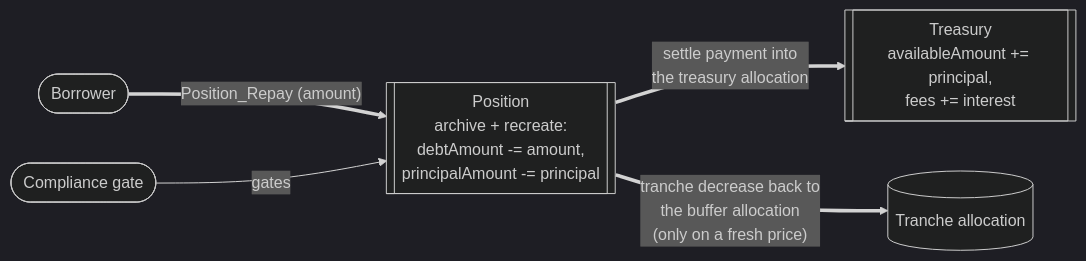
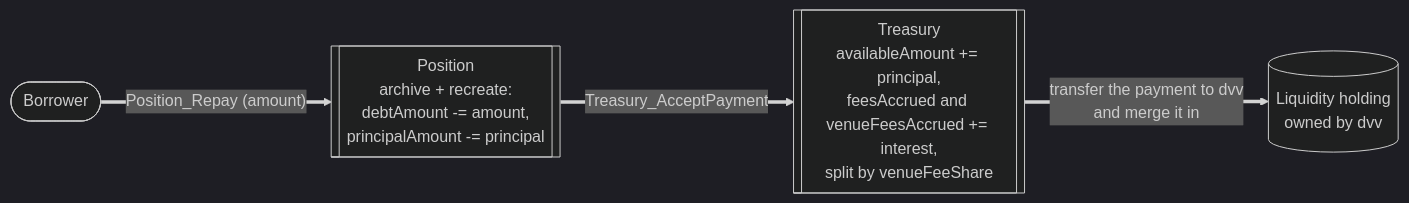
One commit to OpenZeppelin/canton-specs changed the fourth of 7 diagrams in docs/reference-architectures/lending.md. Above: the diagram before and after it, drawn with Mermaid (dark theme). The commit also changed other lines of this file, not shown here.

````diff
--- a/docs/reference-architectures/lending.md
+++ b/docs/reference-architectures/lending.md
@@ -312,13 +319,11 @@
 ```mermaid
 flowchart LR
     Borrower([Borrower])
-    Compliance(["Compliance gate"])
     Position[["Position<br/>archive + recreate:<br/>debtAmount -= amount,<br/>principalAmount -= principal"]]
-    Treasury[["Treasury<br/>availableAmount += principal,<br/>fees += interest"]]
-    Tranche[("Tranche allocation")]
+    Treasury[["Treasury<br/>availableAmount += principal,<br/>feesAccrued and venueFeesAccrued += interest,<br/>split by venueFeeShare"]]
+    Liquidity[("Liquidity holding<br/>owned by dvv")]
 
     Borrower ==>|"Position_Repay (amount)"| Position
-    Compliance -->|"gates"| Position
-    Position ==>|"settle payment into<br/>the treasury allocation"| Treasury
-    Position ==>|"tranche decrease back to<br/>the buffer allocation<br/>(only on a fresh price)"| Tranche
+    Position ==>|"Treasury_AcceptPayment"| Treasury
+    Treasury ==>|"transfer the payment to dvv<br/>and merge it in"| Liquidity
 ```
````
